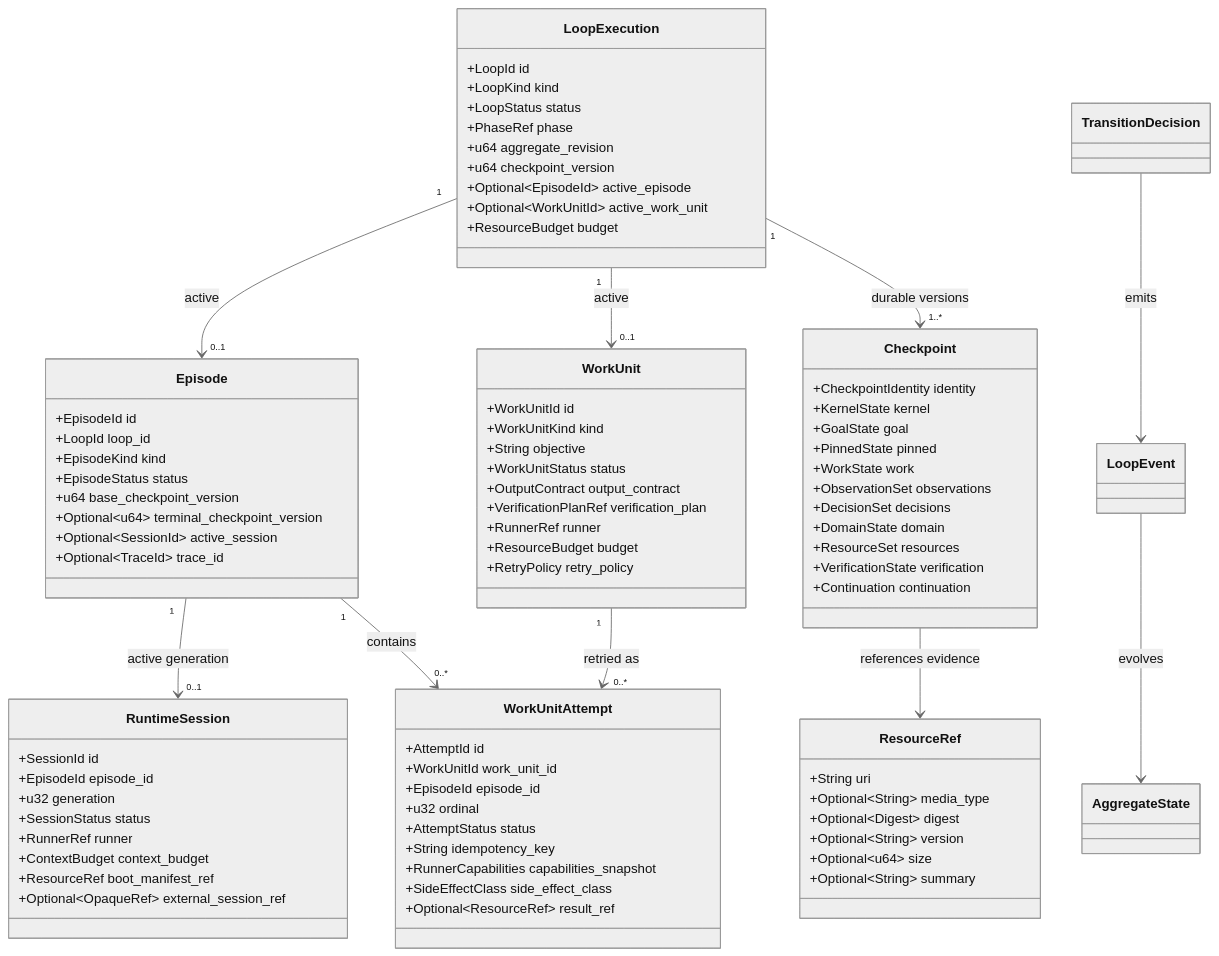
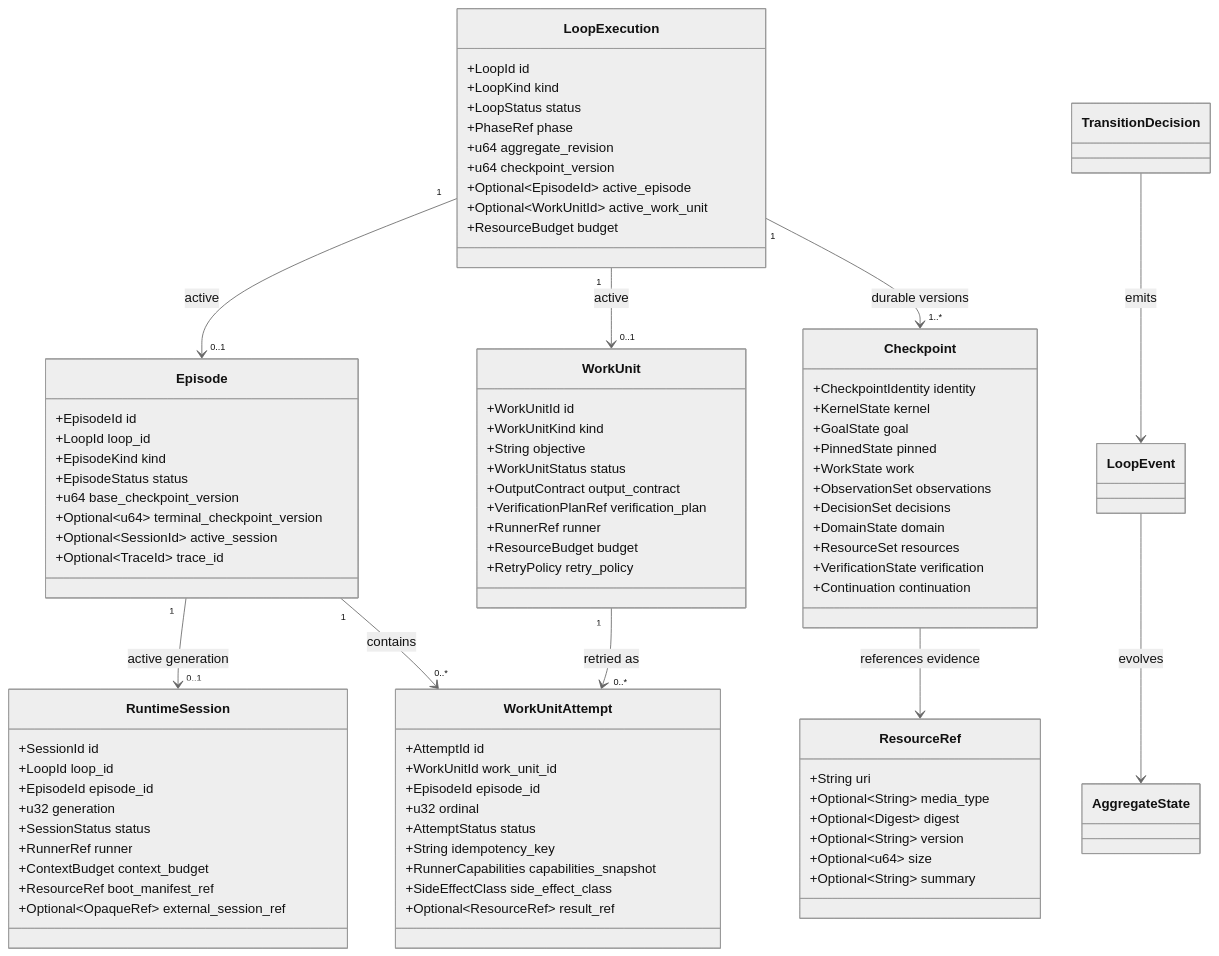
The diagram in wiki/core-domain.md (sirius-zuo/loopward), drawn with Mermaid (neutral theme) before and after one commit. The commit also changed 1 other file, not shown here.

Commit message:
docs: address final wiki review

```diff
--- a/wiki/core-domain.md
+++ b/wiki/core-domain.md
@@ -37,6 +37,7 @@
     }
     class RuntimeSession {
         +SessionId id
+        +LoopId loop_id
         +EpisodeId episode_id
         +u32 generation
         +SessionStatus status
```
